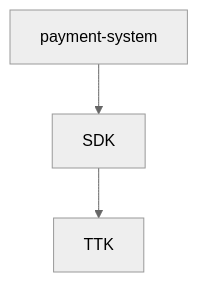
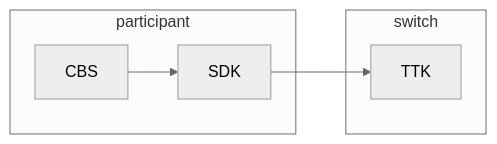
Before and after one commit to kiswend/sdk-ttk: the diagram in readme.md, drawn with Mermaid (neutral theme). The commit also changed other lines of this file and 5 other files, not shown here.

````diff
--- a/readme.md
+++ b/readme.md
@@ -5,4 +5,13 @@
 ```mermaid
-graph
-  payment-system --> SDK --> TTK
+graph LR
+  CBS --> SDK --> TTK
+
+  subgraph participant
+    CBS
+    SDK
+  end
+
+  subgraph switch
+    TTK
+  end  
 ```
````
